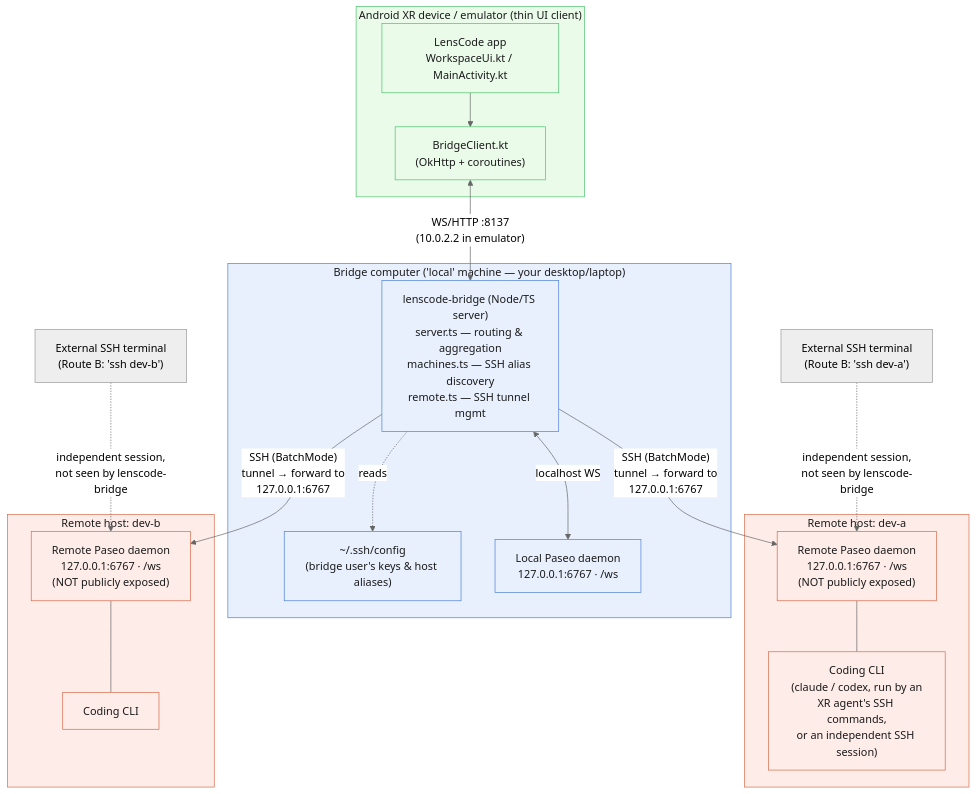
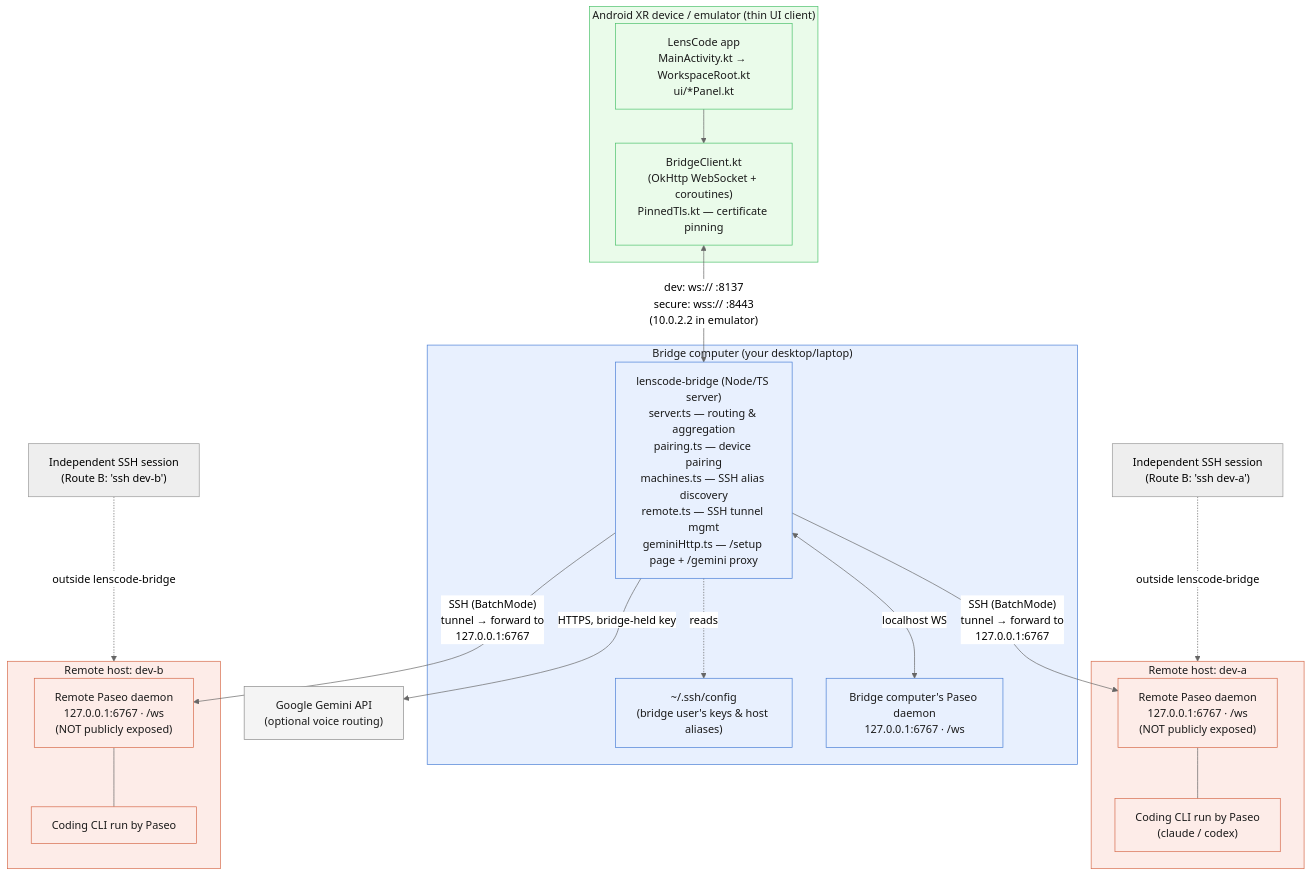
The diagram in docs/architecture.md (getlenscode/lenscode), drawn with Mermaid (neutral theme) before and after one commit. The commit also changed other lines of this file, not shown here.

Commit message:
docs: update architecture documentation for lenscode-bridge and secure mode details

````diff
--- a/docs/architecture.md
+++ b/docs/architecture.md
@@ -13,43 +13,48 @@
 ```mermaid
 flowchart TB
     subgraph GLASSES["Android XR device / emulator (thin UI client)"]
-        APP["LensCode app<br/>WorkspaceUi.kt / MainActivity.kt"]
-        BC["BridgeClient.kt<br/>(OkHttp + coroutines)"]
+        APP["LensCode app<br/>MainActivity.kt → WorkspaceRoot.kt<br/>ui/*Panel.kt"]
+        BC["BridgeClient.kt<br/>(OkHttp WebSocket + coroutines)<br/>PinnedTls.kt — certificate pinning"]
         APP --> BC
     end
 
-    subgraph DESKTOP["Bridge computer ('local' machine — your desktop/laptop)"]
-        BRIDGE["lenscode-bridge (Node/TS server)<br/>server.ts — routing & aggregation<br/>machines.ts — SSH alias discovery<br/>remote.ts — SSH tunnel mgmt"]
+    subgraph DESKTOP["Bridge computer (your desktop/laptop)"]
+        BRIDGE["lenscode-bridge (Node/TS server)<br/>server.ts — routing & aggregation<br/>pairing.ts — device pairing<br/>machines.ts — SSH alias discovery<br/>remote.ts — SSH tunnel mgmt<br/>geminiHttp.ts — /setup page + /gemini proxy"]
         SSHCFG["~/.ssh/config<br/>(bridge user's keys & host aliases)"]
-        LPASEO["Local Paseo daemon<br/>127.0.0.1:6767 · /ws"]
+        LPASEO["Bridge computer's Paseo daemon<br/>127.0.0.1:6767 · /ws"]
         BRIDGE -. reads .-> SSHCFG
         BRIDGE <-->|localhost WS| LPASEO
     end
 
     subgraph DEVA["Remote host: dev-a"]
         RPASEOA["Remote Paseo daemon<br/>127.0.0.1:6767 · /ws<br/>(NOT publicly exposed)"]
-        CLIA["Coding CLI<br/>(claude / codex, run by an<br/>XR agent's SSH commands,<br/>or an independent SSH session)"]
+        CLIA["Coding CLI run by Paseo<br/>(claude / codex)"]
         RPASEOA --- CLIA
     end
 
     subgraph DEVB["Remote host: dev-b"]
         RPASEOB["Remote Paseo daemon<br/>127.0.0.1:6767 · /ws<br/>(NOT publicly exposed)"]
-        CLIB["Coding CLI"]
+        CLIB["Coding CLI run by Paseo"]
         RPASEOB --- CLIB
     end
 
-    BC <-->|"WS/HTTP :8137<br/>(10.0.2.2 in emulator)"| BRIDGE
+    GEMINI["Google Gemini API<br/>(optional voice routing)"]
+
+    BC <-->|"dev: ws:// :8137<br/>secure: wss:// :8443<br/>(10.0.2.2 in emulator)"| BRIDGE
+    BRIDGE -->|"HTTPS, bridge-held key"| GEMINI
 
     BRIDGE -->|"SSH (BatchMode)<br/>tunnel → forward to<br/>127.0.0.1:6767"| RPASEOA
     BRIDGE -->|"SSH (BatchMode)<br/>tunnel → forward to<br/>127.0.0.1:6767"| RPASEOB
 
-    EXT1["External SSH terminal<br/>(Route B: 'ssh dev-a')"] -.->|independent session,<br/>not seen by lenscode-bridge| RPASEOA
-    EXT2["External SSH terminal<br/>(Route B: 'ssh dev-b')"] -.->|independent session,<br/>not seen by lenscode-bridge| RPASEOB
+    EXT1["Independent SSH session<br/>(Route B: 'ssh dev-a')"] -.->|outside lenscode-bridge| DEVA
+    EXT2["Independent SSH session<br/>(Route B: 'ssh dev-b')"] -.->|outside lenscode-bridge| DEVB
 
     classDef desktop fill:#e8f0fe,stroke:#4a7fd6,color:#1a1a1a;
     classDef remote fill:#fdece8,stroke:#d66a4a,color:#1a1a1a;
     classDef client fill:#eafbea,stroke:#4ac16a,color:#1a1a1a;
+    classDef external fill:#f4f4f4,stroke:#8a8a8a,color:#1a1a1a;
     class DESKTOP,BRIDGE,LPASEO,SSHCFG desktop;
     class DEVA,DEVB,RPASEOA,RPASEOB,CLIA,CLIB remote;
     class GLASSES,APP,BC client;
+    class GEMINI external;
 ```
````
